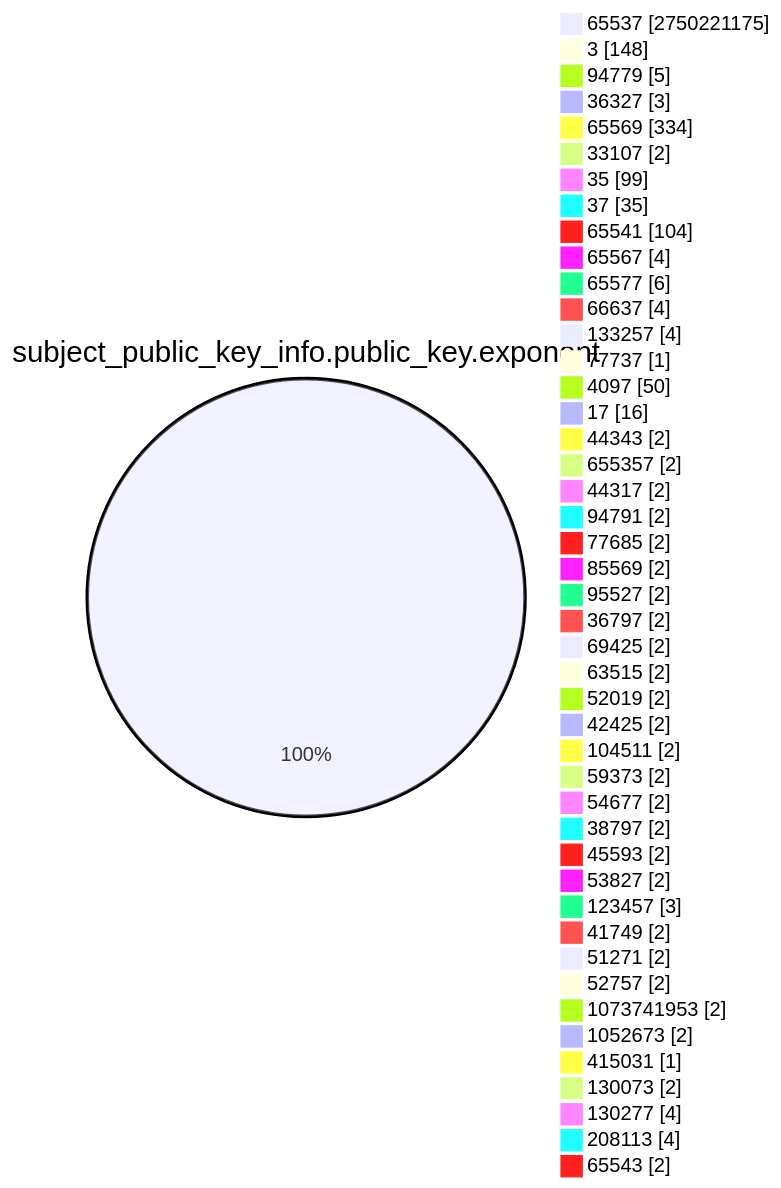
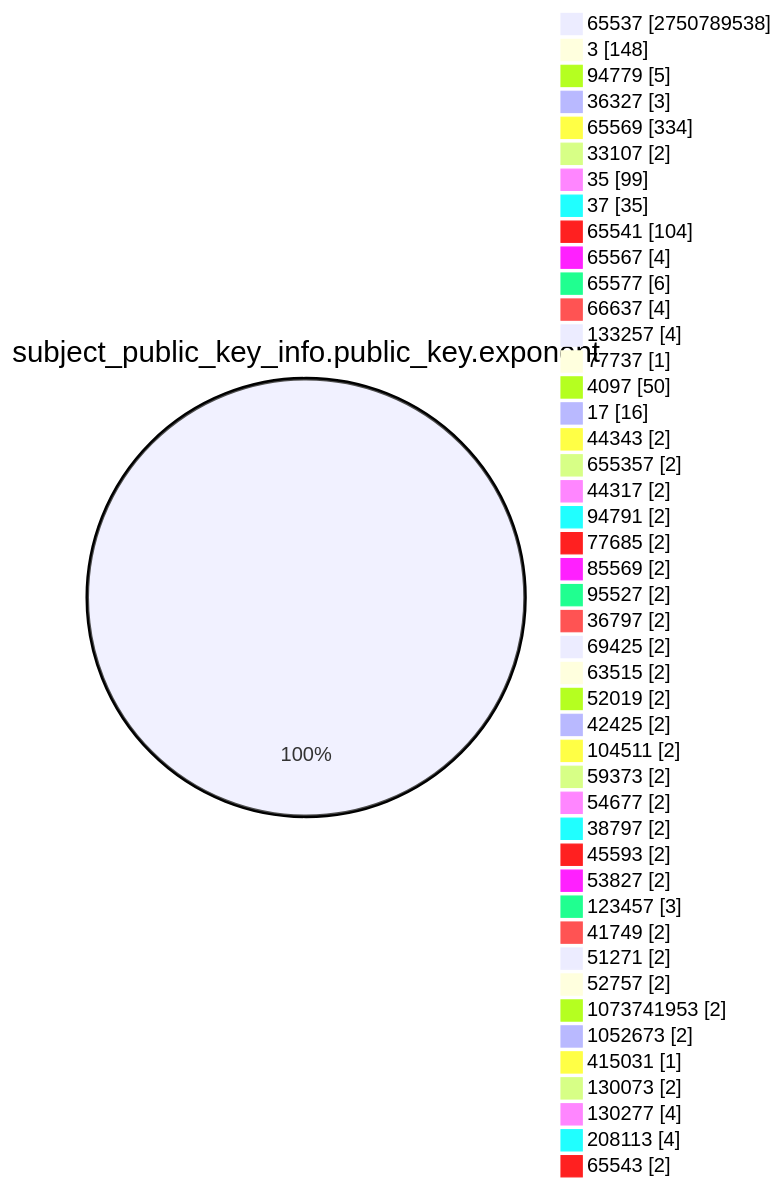
The fourth of 15 diagrams in TOTAL/README.md (christiankrug/ctmonitor_visualization), drawn with Mermaid before and after one commit. The commit also changed other lines of this file, not shown here.

````diff
--- a/TOTAL/README.md
+++ b/TOTAL/README.md
@@ -1467,49 +1467,49 @@
 ```mermaid
 pie showData
 title subject_public_key_info.public_key.exponent
-"65537" :2750221175
+"65537" :2750789538
 "3" :148
 "94779" :5
 "36327" :3
 "65569" :334
 "33107" :2
 "35" :99
 "37" :35
 "65541" :104
 "65567" :4
 "65577" :6
 "66637" :4
 "133257" :4
 "77737" :1
 "4097" :50
 "17" :16
 "44343" :2
 "655357" :2
 "44317" :2
 "94791" :2
 "77685" :2
 "85569" :2
 "95527" :2
 "36797" :2
 "69425" :2
 "63515" :2
 "52019" :2
 "42425" :2
 "104511" :2
 "59373" :2
 "54677" :2
 "38797" :2
 "45593" :2
 "53827" :2
 "123457" :3
 "41749" :2
 "51271" :2
 "52757" :2
 "1073741953" :2
 "1052673" :2
 "415031" :1
 "130073" :2
 "130277" :4
 "208113" :4
 "65543" :2
 ```
````
